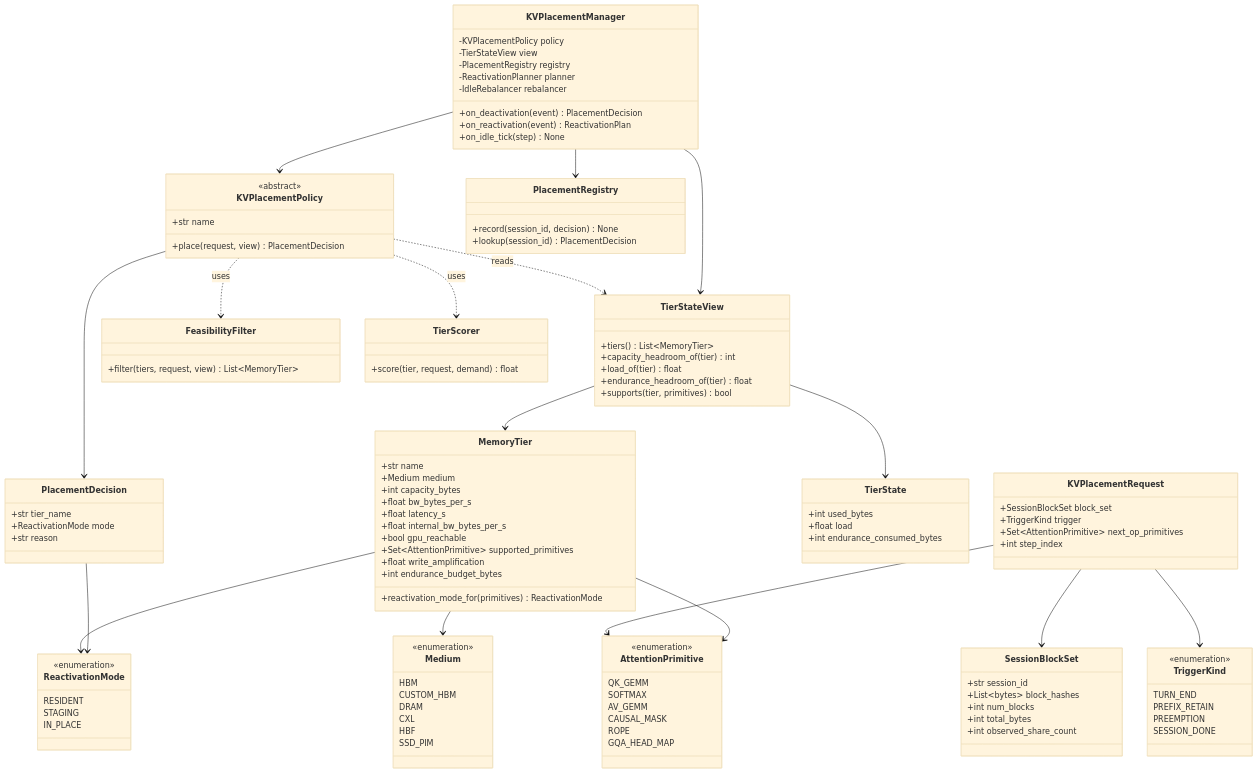
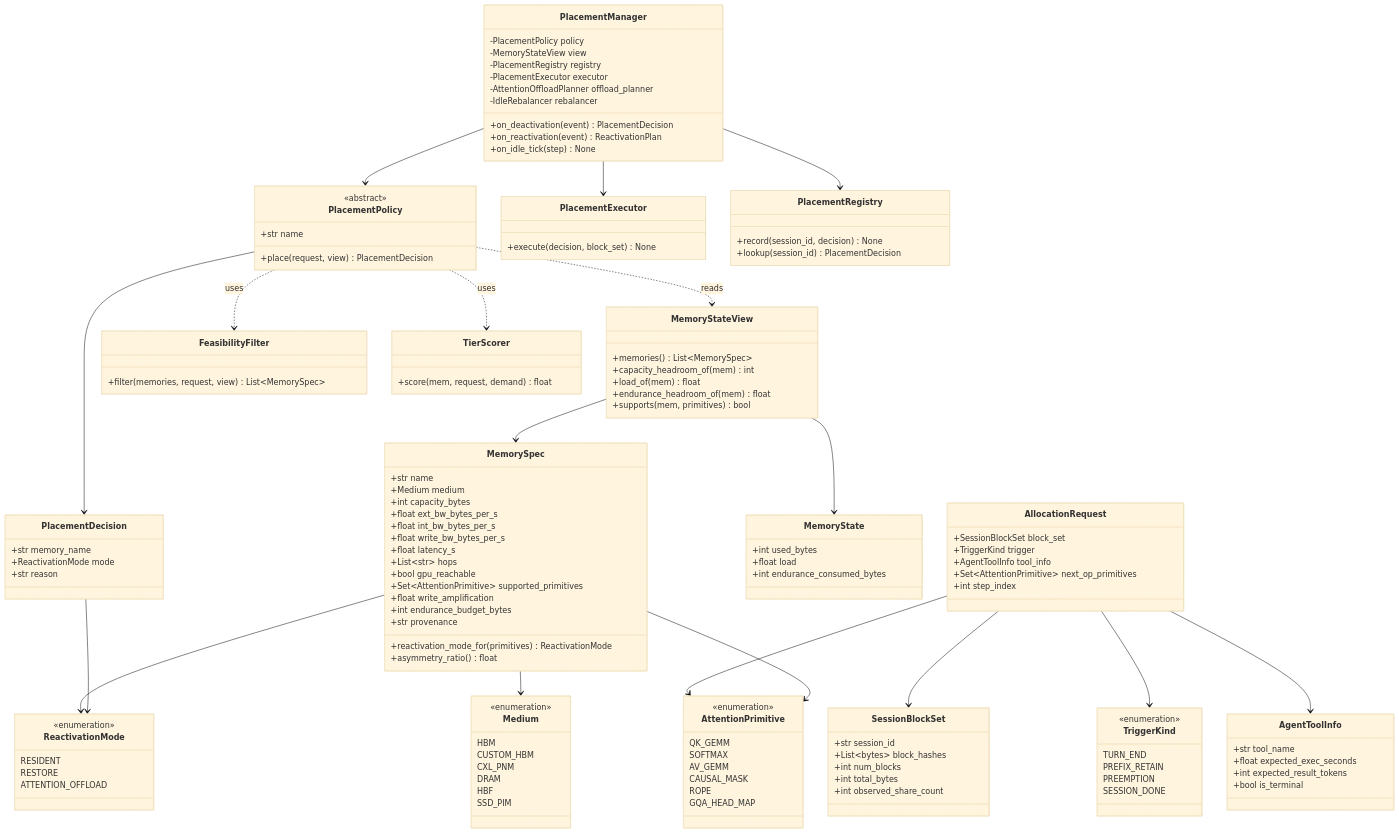
Before and after one commit to mkim0628/vllm: the second of 9 diagrams in doc-architect/dp1-implementation-uml.md, drawn with Mermaid (base theme). The commit also changed other lines of this file and 2 other files, not shown here.

First line of the commit message:
docs(dp1): fix the memory set, split attention from FFN, name the KV attributes

````diff
--- a/doc-architect/dp1-implementation-uml.md
+++ b/doc-architect/dp1-implementation-uml.md
@@ -102,18 +104,25 @@
     class ReactivationMode {
         <<enumeration>>
         RESIDENT
-        STAGING
-        IN_PLACE
+        RESTORE
+        ATTENTION_OFFLOAD
     }
 
     class Medium {
         <<enumeration>>
         HBM
         CUSTOM_HBM
+        CXL_PNM
         DRAM
-        CXL
         HBF
         SSD_PIM
+    }
+
+    class AgentToolInfo {
+        +str tool_name
+        +float expected_exec_seconds
+        +int expected_result_tokens
+        +bool is_terminal
     }
 
     class SessionBlockSet {
@@ -124,59 +133,68 @@
         +int observed_share_count
     }
 
-    class KVPlacementRequest {
+    class AllocationRequest {
         +SessionBlockSet block_set
         +TriggerKind trigger
+        +AgentToolInfo tool_info
         +Set~AttentionPrimitive~ next_op_primitives
         +int step_index
     }
 
-    class MemoryTier {
+    class MemorySpec {
         +str name
         +Medium medium
         +int capacity_bytes
-        +float bw_bytes_per_s
+        +float ext_bw_bytes_per_s
+        +float int_bw_bytes_per_s
+        +float write_bw_bytes_per_s
         +float latency_s
-        +float internal_bw_bytes_per_s
+        +List~str~ hops
         +bool gpu_reachable
         +Set~AttentionPrimitive~ supported_primitives
         +float write_amplification
         +int endurance_budget_bytes
+        +str provenance
         +reactivation_mode_for(primitives) ReactivationMode
+        +asymmetry_ratio() float
     }
 
-    class TierState {
+    class MemoryState {
         +int used_bytes
         +float load
         +int endurance_consumed_bytes
     }
 
-    class TierStateView {
-        +tiers() List~MemoryTier~
-        +capacity_headroom_of(tier) int
-        +load_of(tier) float
-        +endurance_headroom_of(tier) float
-        +supports(tier, primitives) bool
+    class MemoryStateView {
+        +memories() List~MemorySpec~
+        +capacity_headroom_of(mem) int
+        +load_of(mem) float
+        +endurance_headroom_of(mem) float
+        +supports(mem, primitives) bool
     }
 
     class FeasibilityFilter {
-        +filter(tiers, request, view) List~MemoryTier~
+        +filter(memories, request, view) List~MemorySpec~
     }
 
     class TierScorer {
-        +score(tier, request, demand) float
+        +score(mem, request, demand) float
     }
 
     class PlacementDecision {
-        +str tier_name
+        +str memory_name
         +ReactivationMode mode
         +str reason
     }
 
-    class KVPlacementPolicy {
+    class PlacementPolicy {
         <<abstract>>
         +str name
         +place(request, view) PlacementDecision
+    }
+
+    class PlacementExecutor {
+        +execute(decision, block_set) None
     }
 
     class PlacementRegistry {
@@ -184,31 +202,33 @@
         +lookup(session_id) PlacementDecision
     }
 
-    class KVPlacementManager {
-        -KVPlacementPolicy policy
-        -TierStateView view
+    class PlacementManager {
+        -PlacementPolicy policy
+        -MemoryStateView view
         -PlacementRegistry registry
-        -ReactivationPlanner planner
+        -PlacementExecutor executor
+        -AttentionOffloadPlanner offload_planner
         -IdleRebalancer rebalancer
         +on_deactivation(event) PlacementDecision
         +on_reactivation(event) ReactivationPlan
         +on_idle_tick(step) None
     }
 
-    KVPlacementRequest --> SessionBlockSet
-    KVPlacementRequest --> TriggerKind
-    KVPlacementRequest --> AttentionPrimitive
-    MemoryTier --> Medium
-    MemoryTier --> AttentionPrimitive
-    MemoryTier --> ReactivationMode
-    TierStateView --> MemoryTier
-    TierStateView --> TierState
+    AllocationRequest --> SessionBlockSet
+    AllocationRequest --> TriggerKind
+    AllocationRequest --> AgentToolInfo
+    AllocationRequest --> AttentionPrimitive
+    MemorySpec --> Medium
+    MemorySpec --> AttentionPrimitive
+    MemorySpec --> ReactivationMode
+    MemoryStateView --> MemorySpec
+    MemoryStateView --> MemoryState
     PlacementDecision --> ReactivationMode
-    KVPlacementPolicy --> PlacementDecision
-    KVPlacementPolicy ..> TierStateView : reads
-    KVPlacementPolicy ..> FeasibilityFilter : uses
-    KVPlacementPolicy ..> TierScorer : uses
-    KVPlacementManager --> KVPlacementPolicy
-    KVPlacementManager --> TierStateView
-    KVPlacementManager --> PlacementRegistry
+    PlacementPolicy --> PlacementDecision
+    PlacementPolicy ..> MemoryStateView : reads
+    PlacementPolicy ..> FeasibilityFilter : uses
+    PlacementPolicy ..> TierScorer : uses
+    PlacementManager --> PlacementPolicy
+    PlacementManager --> PlacementExecutor
+    PlacementManager --> PlacementRegistry
 ```
````
